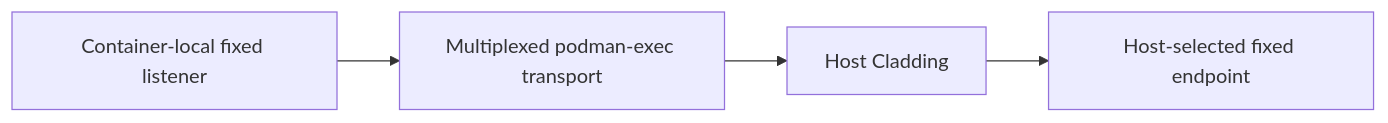
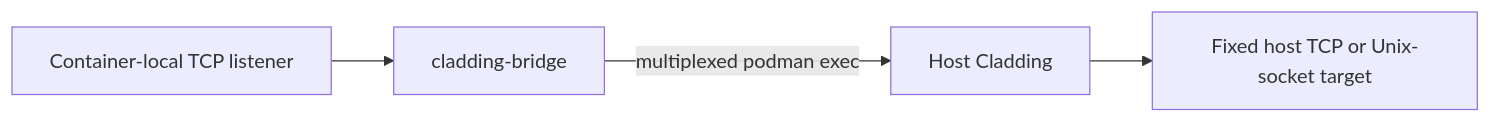
Before and after one commit to dstoc/cladding: the first of 9 diagrams in docs/features/cladding-bridge/proposal.md, drawn with Mermaid. The commit also changed other lines of this file and 3 other files, not shown here.

First line of the commit message:
docs: align bridge and inject architecture (#111)

````diff
--- a/docs/features/cladding-bridge/proposal.md
+++ b/docs/features/cladding-bridge/proposal.md
@@ -19,6 +11,6 @@
 ```mermaid
 flowchart LR
-    Listener["Container-local fixed listener"] --> Mux["Multiplexed podman-exec transport"]
-    Mux --> Host["Host Cladding"]
-    Host --> Target["Host-selected fixed endpoint"]
+    Listener["Container-local TCP listener"] --> Bridge["cladding-bridge"]
+    Bridge -->|"multiplexed podman exec"| Host["Host Cladding"]
+    Host --> Target["Fixed host TCP or Unix-socket target"]
 ```
````
